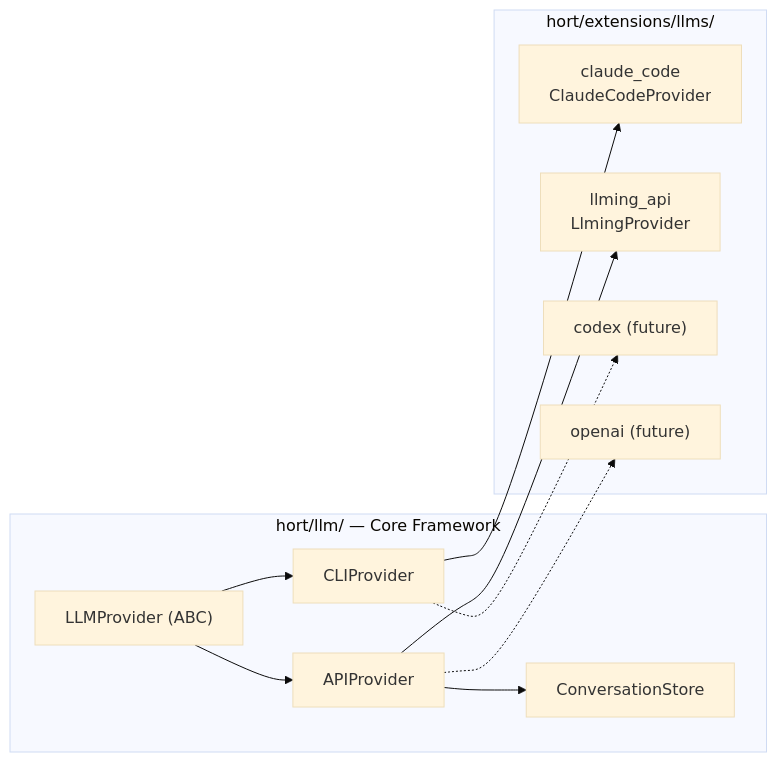
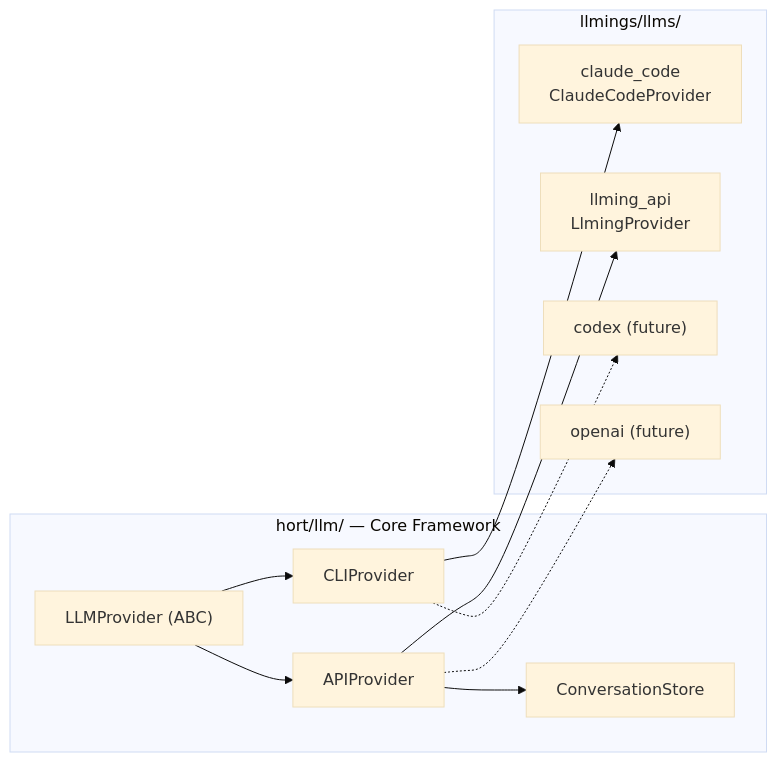
The first of 7 diagrams in docs/manual/develop/llm-extensions.md (openhort/openhort), drawn with Mermaid (base theme) before and after one commit. The commit also changed other lines of this file and 20 other files, not shown here.

````diff
--- a/docs/manual/develop/llm-extensions.md
+++ b/docs/manual/develop/llm-extensions.md
@@ -8,16 +8,16 @@
 ```mermaid
 flowchart LR
     subgraph Framework ["hort/llm/ — Core Framework"]
         LP["LLMProvider (ABC)"]
         LP --> CLI["CLIProvider"]
         LP --> API["APIProvider"]
         API --> Store["ConversationStore"]
     end
 
-    subgraph Extensions ["hort/extensions/llms/"]
+    subgraph Extensions ["llmings/llms/"]
         CLI --> CC["claude_code\nClaudeCodeProvider"]
         API --> LA["llming_api\nLlmingProvider"]
         CLI -.-> CX["codex (future)"]
         API -.-> OA["openai (future)"]
     end
 ```
````
